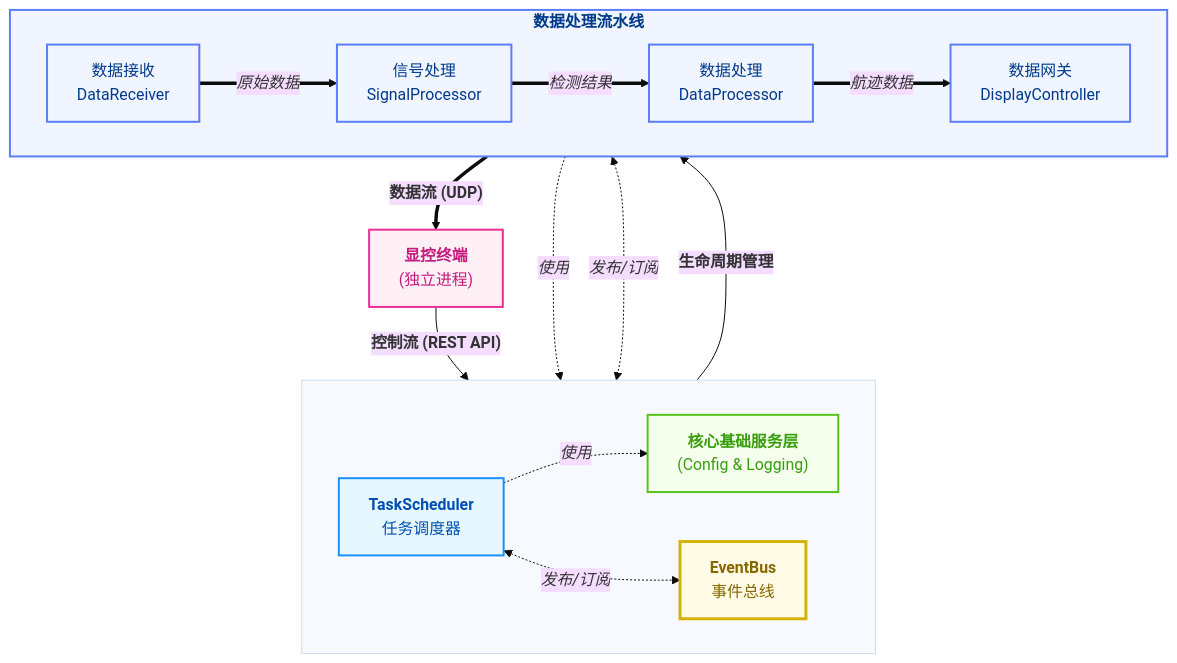
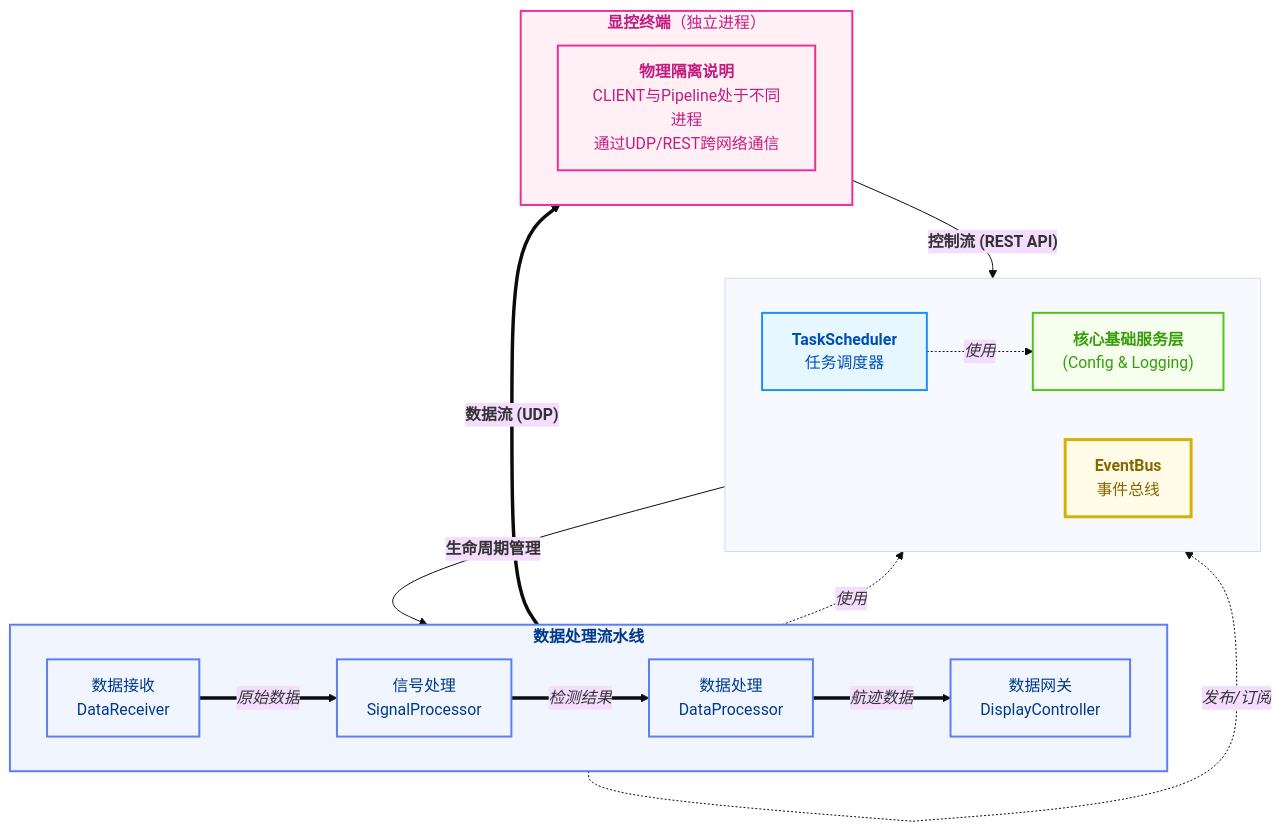
Before and after one commit to wendizhou99-cell/Radar: the third of 20 diagrams in docs/01_项目设计/02_模块设计/99_模块集成策略.md, drawn with Mermaid. The commit also changed other lines of this file and 26 other files, not shown here.

First line of the commit message:
docs: 完成数据架构文档系列重构和Mermaid可视化指南增强

````diff
--- a/docs/01_项目设计/02_模块设计/99_模块集成策略.md
+++ b/docs/01_项目设计/02_模块设计/99_模块集成策略.md
@@ -180,43 +271,60 @@
 ```mermaid
 ---
 config:
   theme: base
   flowchart:
     curve: basis
 ---
 flowchart TB
     subgraph " "
       direction LR
       TASK_ENGINE["<b>TaskScheduler</b><br/>任务调度器"]
       CORE_SERVICES["<b>核心基础服务层</b><br/>(Config & Logging)"]
       EVENTBUS["<b>EventBus</b><br/>事件总线"]
     end
     subgraph Pipeline["<b>数据处理流水线</b>"]
         direction LR
         DATA_RECV["数据接收<br/>DataReceiver"]
         SIGNAL_PROC["信号处理<br/>SignalProcessor"]
         DATA_PROC["数据处理<br/>DataProcessor"]
         GW["数据网关<br/>DisplayController"]
     end
-    CLIENT["<b>显控终端</b><br/>(独立进程)"]
+    subgraph ClientNote["<b>显控终端</b>（独立进程）"]
+        CLIENT["<b>物理隔离说明</b><br/>CLIENT与Pipeline处于不同进程<br/>通过UDP/REST跨网络通信"]
+    end
+
+    %% 引入不可见的锚点节点
+    EVENTBUS_ANCHOR[ ]:::invisible
+
     DATA_RECV == "<i>原始数据</i>" ==> SIGNAL_PROC
     SIGNAL_PROC == "<i>检测结果</i>" ==> DATA_PROC
     DATA_PROC == "<i>航迹数据</i>" ==> GW
-    GW == "<b>数据流 (UDP)</b>" ==> CLIENT
+    GW == "<b>数据流 (UDP)</b>" ==> ClientNote
     TASK_ENGINE -- "<b>生命周期管理</b>" --> Pipeline
-    CLIENT -- "<b>控制流 (REST API)</b>" --> TASK_ENGINE
+    ClientNote -- "<b>控制流 (REST API)</b>" --> TASK_ENGINE
     Pipeline -.-> |"<i>使用</i>"| CORE_SERVICES
     TASK_ENGINE -.-> |"<i>使用</i>"| CORE_SERVICES
-    Pipeline <.-> |"<i>发布/订阅</i>"| EVENTBUS
-    TASK_ENGINE <.-> |"<i>发布/订阅</i>"| EVENTBUS
+
+    %% 模块连接到中转锚点 (使用无文本虚线)
+    Pipeline -.- EVENTBUS_ANCHOR
+
+    %% 锚点连接到 EVENTBUS (使用发布/订阅标签的虚线)
+    EVENTBUS_ANCHOR -.-> |"<i>发布/订阅</i>"| EVENTBUS
+
+    %% *****************************************
+
     classDef scheduler fill:#e6f7ff,stroke:#1890ff,stroke-width:2px,color:#0050b3
     classDef services fill:#f6ffed,stroke:#52c41a,stroke-width:2px,color:#389e0d
     classDef eventbus fill:#fffbe6,stroke:#d4b106,stroke-width:3px,color:#876800
     classDef pipeline fill:#f0f5ff,stroke:#597ef7,stroke-width:2px,color:#003a8c
     classDef client fill:#fff0f6,stroke:#eb2f96,stroke-width:2px,color:#c41d7f
+    %% 定义不可见样式
+    classDef invisible fill:transparent,stroke:transparent,height:1px,width:1px,margin:0,padding:0
+
     class TASK_ENGINE scheduler
     class CORE_SERVICES services
     class EVENTBUS eventbus
     class Pipeline,DATA_RECV,SIGNAL_PROC,DATA_PROC,GW pipeline
-    class CLIENT client
+    class ClientNote,CLIENT client
+    class EVENTBUS_ANCHOR invisible
 ```
````
